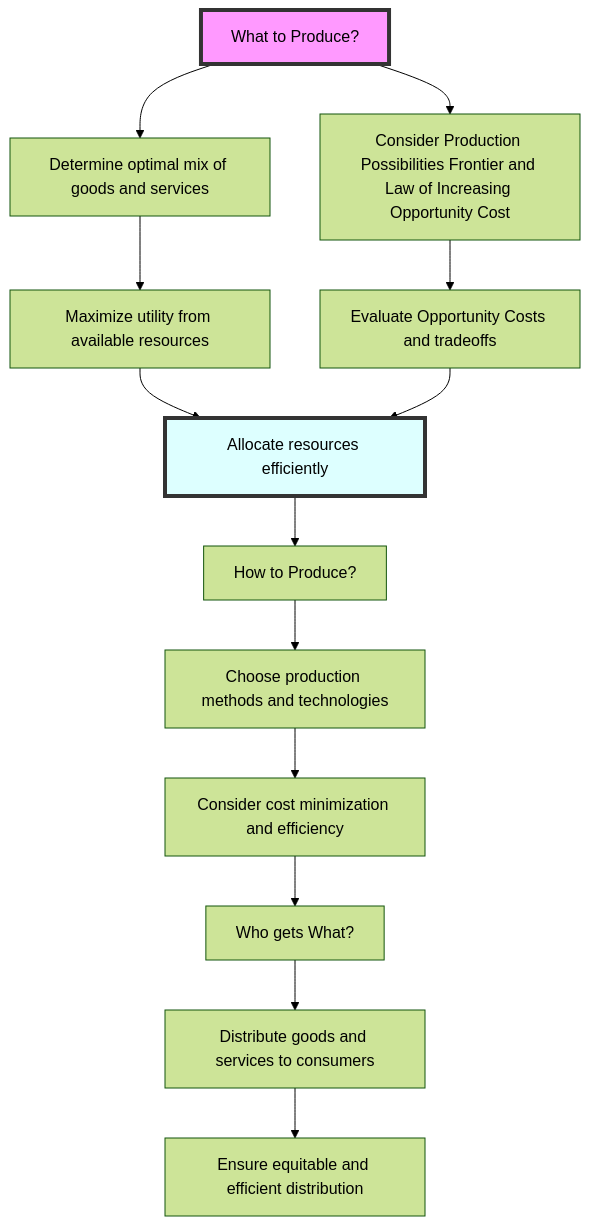
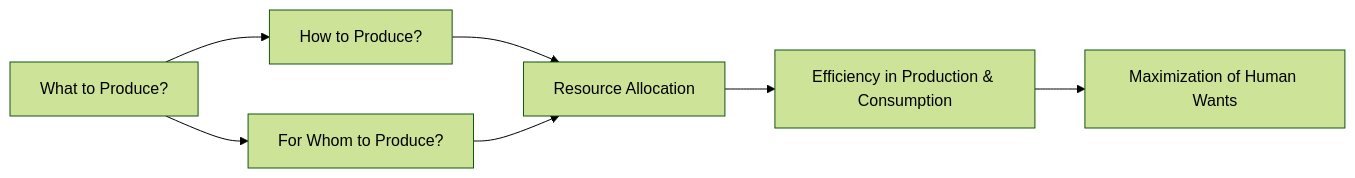
Before and after one commit to DagimAlemayehuu/Ater: the diagram in Obsidian_Vault/2-Academic/Winter 2026/Economics/1_Basics_Of_Economics/Basic_Economic_Questions.md, drawn with Mermaid (forest theme). The commit also changed other lines of this file and 71 other files, not shown here.

````diff
--- a/Obsidian_Vault/2-Academic/Winter 2026/Economics/1_Basics_Of_Economics/Basic_Economic_Questions.md
+++ b/Obsidian_Vault/2-Academic/Winter 2026/Economics/1_Basics_Of_Economics/Basic_Economic_Questions.md
@@ -49,20 +51,11 @@
 ```mermaid
 
-graph TD
-    A[What to Produce?] --> B[Determine optimal mix of goods and services]
-    A --> C[Consider Production Possibilities Frontier and Law of Increasing Opportunity Cost]
-    B --> D[Maximize utility from available resources]
-    C --> E[Evaluate Opportunity Costs and tradeoffs]
-    D --> F[Allocate resources efficiently]
-    E --> F
-    F --> G[How to Produce?]
-    G --> H[Choose production methods and technologies]
-    H --> I[Consider cost minimization and efficiency]
-    I --> J[Who gets What?]
-    J --> K[Distribute goods and services to consumers]
-    K --> L[Ensure equitable and efficient distribution]
-
-    style A fill:#f9f,stroke:#333,stroke-width:4px
-    style F fill:#dff,stroke:#333,stroke-width:4px
+graph LR
+    A[What to Produce?] --> B[How to Produce?]
+    A --> C[For Whom to Produce?]
+    B --> D[Resource Allocation]
+    C --> D
+    D --> E[Efficiency in Production & Consumption]
+    E --> F[Maximization of Human Wants]
 
 ```
````
